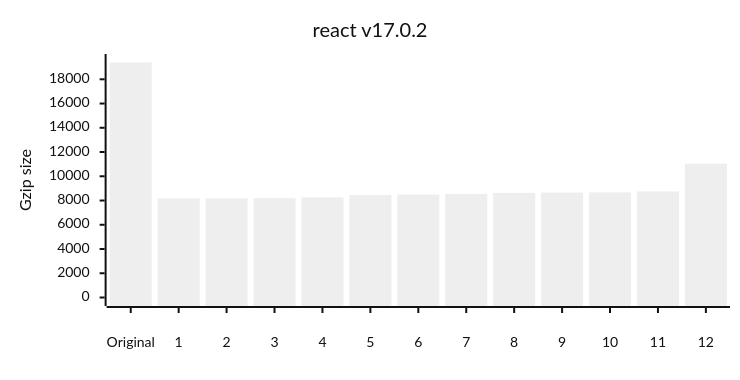
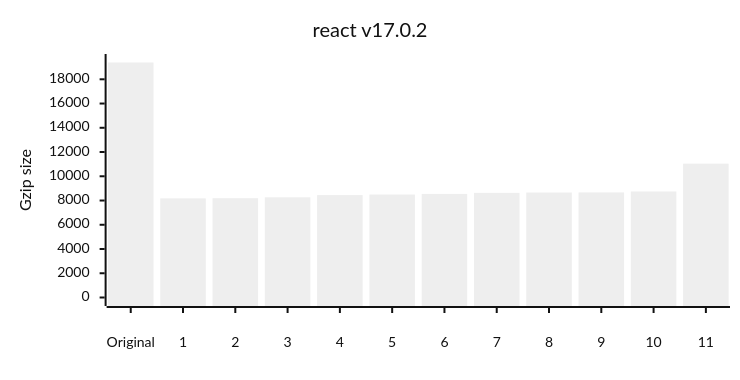
One commit to privatenumber/minification-benchmarks changed the first of 12 diagrams in README.md. Above: the diagram before and after it, drawn with Mermaid (neutral theme). The commit also changed other lines of this file, not shown here.

````diff
--- a/README.md
+++ b/README.md
@@ -70,17 +70,17 @@
 ```mermaid
 ---
 config:
     xyChart:
         width: 720
         height: 360
         xAxis:
             labelPadding: 20
         yAxis:
             labelPadding: 10
 ---
 xychart-beta
 	title "react v17.0.2"
-	x-axis ["Original",1,2,3,4,5,6,7,8,9,10,11,12]
+	x-axis ["Original",1,2,3,4,5,6,7,8,9,10,11]
 	y-axis "Gzip size" 0 --> 19385
-	bar [19385,8173,8177,8193,8265,8448,8493,8543,8631,8661,8668,8746,11040]
+	bar [19385,8177,8193,8265,8448,8493,8543,8631,8661,8668,8746,11040]
 ```
````
